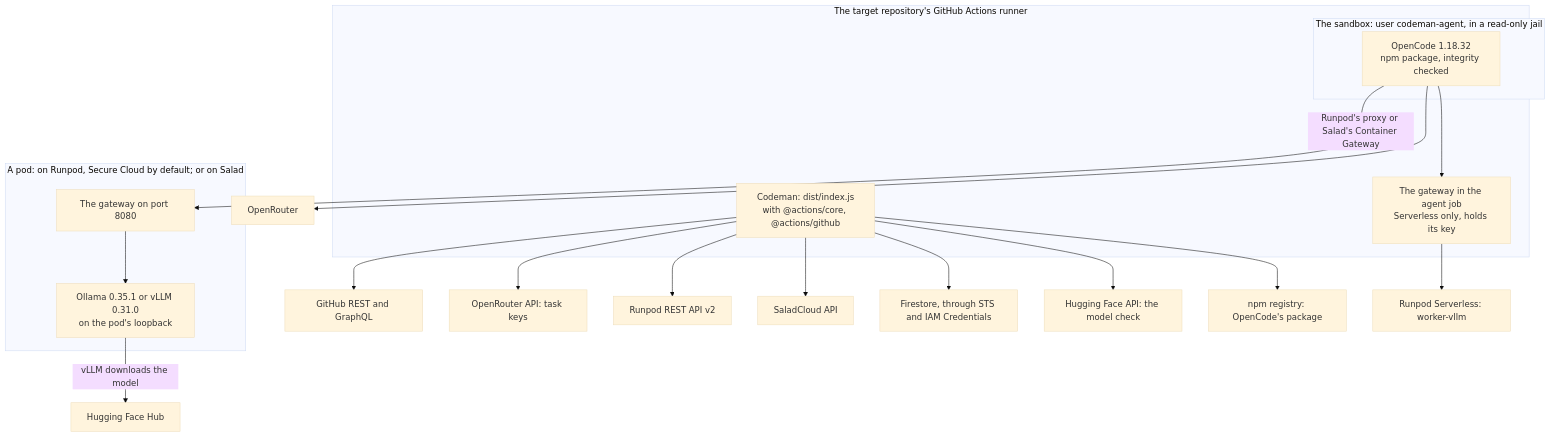
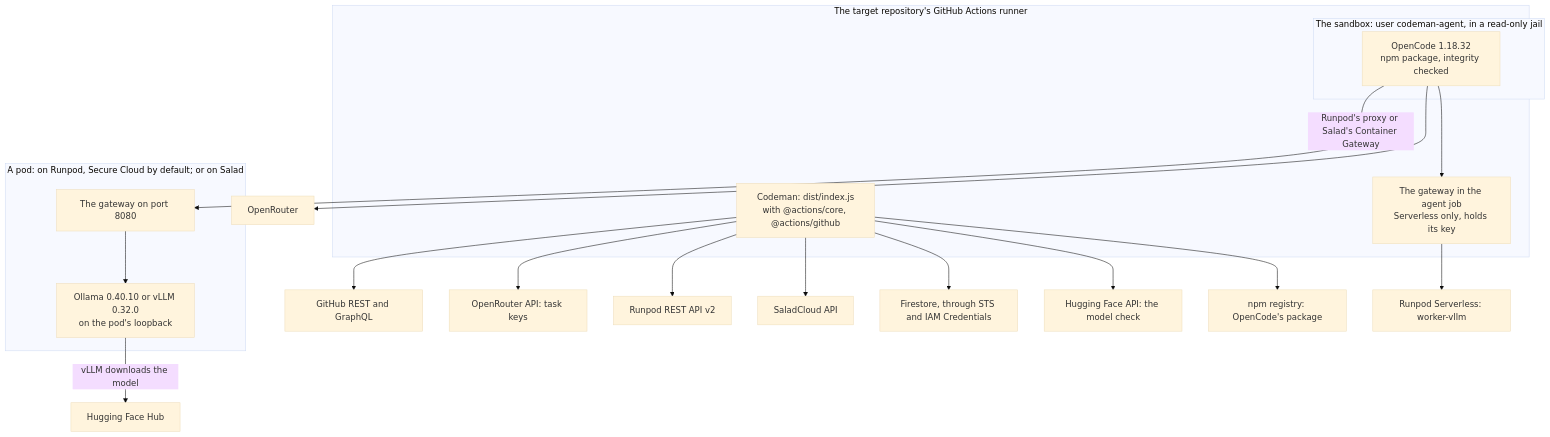
The diagram in docs/development/dependencies.md (codenergy-dev/codeman), drawn with Mermaid (base theme) before and after one commit. The commit also changed other lines of this file and 21 other files, not shown here.

First line of the commit message:
Move engine versions to the catalog's Ollama 0.40.10 and vLLM 0.32.0

````diff
--- a/docs/development/dependencies.md
+++ b/docs/development/dependencies.md
@@ -68,25 +69,25 @@
 ```mermaid
 flowchart TB
   subgraph Runner["The target repository's GitHub Actions runner"]
     A["Codeman: dist/index.js<br/>with @actions/core, @actions/github"]
     G1["The gateway in the agent job<br/>Serverless only, holds its key"]
     subgraph Sandbox["The sandbox: user codeman-agent, in a read-only jail"]
       O["OpenCode 1.18.32<br/>npm package, integrity checked"]
     end
   end
   subgraph Pod["A pod: on Runpod, Secure Cloud by default; or on Salad"]
     G2["The gateway on port 8080"]
-    E["Ollama 0.35.1 or vLLM 0.31.0<br/>on the pod's loopback"]
+    E["Ollama 0.40.10 or vLLM 0.32.0<br/>on the pod's loopback"]
   end
   A --> GH["GitHub REST and GraphQL"]
   A --> ORK["OpenRouter API: task keys"]
   A --> RP["Runpod REST API v2"]
   A --> SA["SaladCloud API"]
   A --> FS["Firestore, through STS and IAM Credentials"]
   A --> HF1["Hugging Face API: the model check"]
   A --> NPM["npm registry: OpenCode's package"]
   O --> OR["OpenRouter"]
   O --> G1 --> W["Runpod Serverless: worker-vllm"]
   O -->|"Runpod's proxy or Salad's Container Gateway"| G2 --> E
   E -->|"vLLM downloads the model"| HF2["Hugging Face Hub"]
 ```
````
